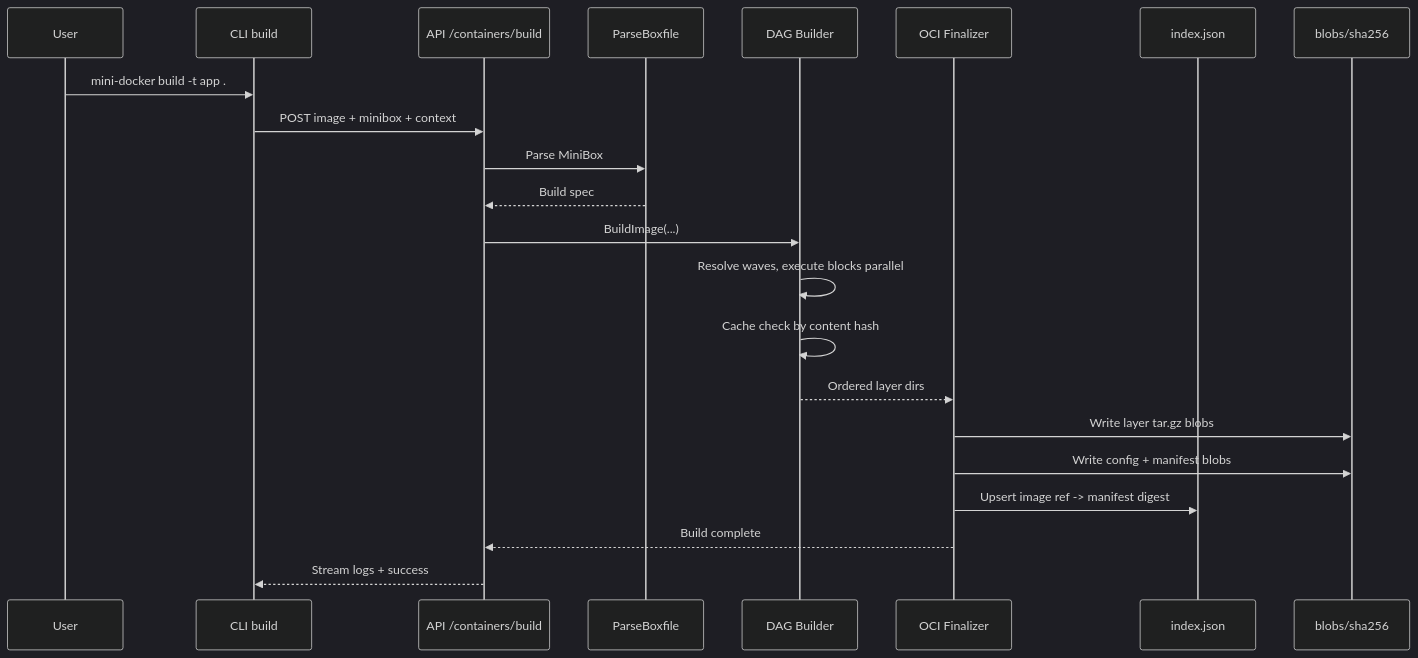
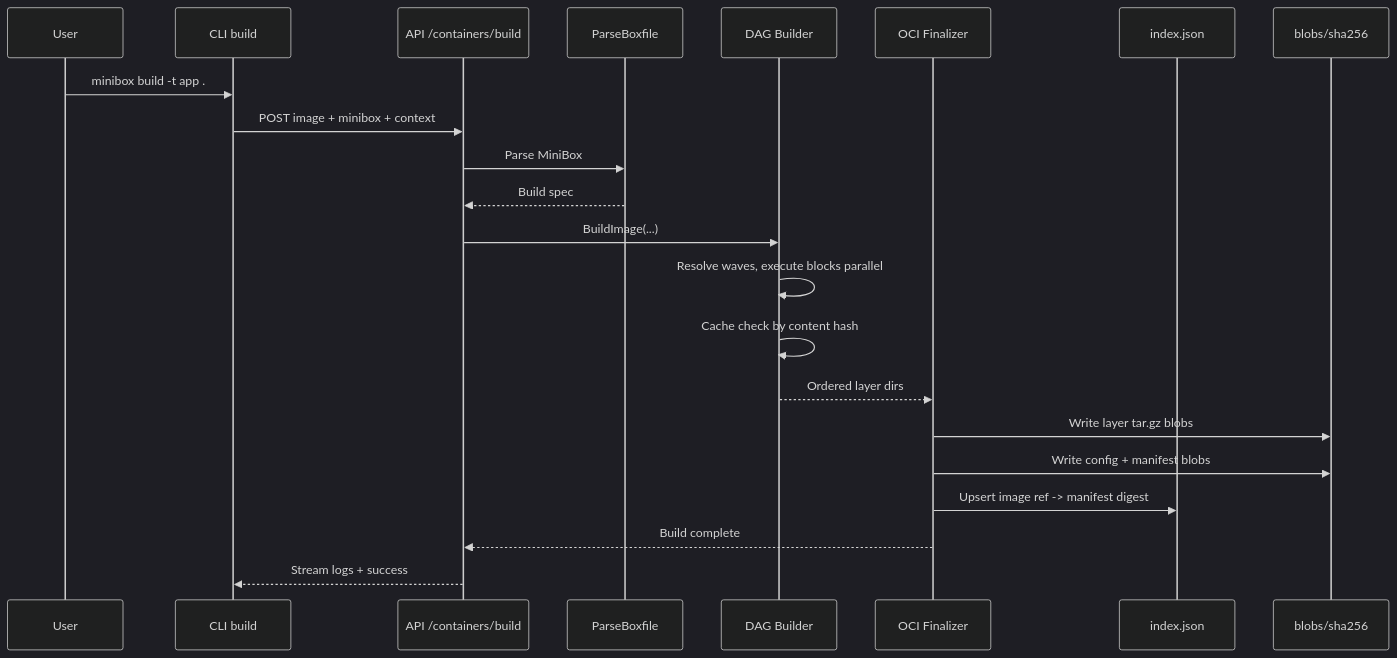
One commit to chaitu426/minibox changed the second of 11 diagrams in docs/ARCHITECTURE_DIAGRAMS.md. Above: the diagram before and after it, drawn with Mermaid (dark theme). The commit also changed other lines of this file and 28 other files, not shown here.

````diff
--- a/docs/ARCHITECTURE_DIAGRAMS.md
+++ b/docs/ARCHITECTURE_DIAGRAMS.md
@@ -51,25 +51,25 @@
 ```mermaid
 sequenceDiagram
     participant U as User
     participant C as CLI build
     participant A as API /containers/build
     participant P as ParseBoxfile
     participant D as DAG Builder
     participant O as OCI Finalizer
     participant I as index.json
     participant B as blobs/sha256
 
-    U->>C: mini-docker build -t app .
+    U->>C: minibox build -t app .
     C->>A: POST image + minibox + context
     A->>P: Parse MiniBox
     P-->>A: Build spec
     A->>D: BuildImage(...)
     D->>D: Resolve waves, execute blocks parallel
     D->>D: Cache check by content hash
     D-->>O: Ordered layer dirs
     O->>B: Write layer tar.gz blobs
     O->>B: Write config + manifest blobs
     O->>I: Upsert image ref -> manifest digest
     O-->>A: Build complete
     A-->>C: Stream logs + success
 ```
````
